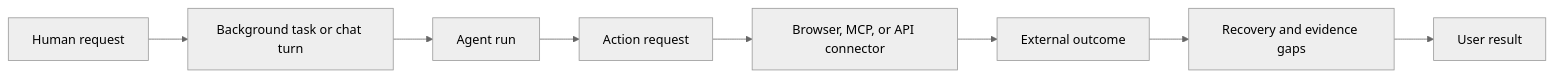
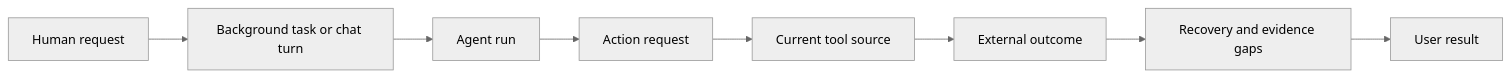
The first of 29 diagrams in docs/superpowers/plans/2026-08-08-noema-practical-reliability-roadmap.md (kpsuperplane/Noema), drawn with Mermaid (neutral theme) before and after one commit. The commit also changed other lines of this file, not shown here.

Commit message:
docs: make reliability roadmap tool-neutral

````diff
--- a/docs/superpowers/plans/2026-08-08-noema-practical-reliability-roadmap.md
+++ b/docs/superpowers/plans/2026-08-08-noema-practical-reliability-roadmap.md
@@ -49,10 +49,10 @@
 ```mermaid
 flowchart LR
     H["Human request"] --> T["Background task or chat turn"]
     T --> R["Agent run"]
     R --> G["Action request"]
-    G --> C["Browser, MCP, or API connector"]
+    G --> C["Current tool source"]
     C --> O["External outcome"]
     O --> X["Recovery and evidence gaps"]
     X --> U["User result"]
 ```
````
